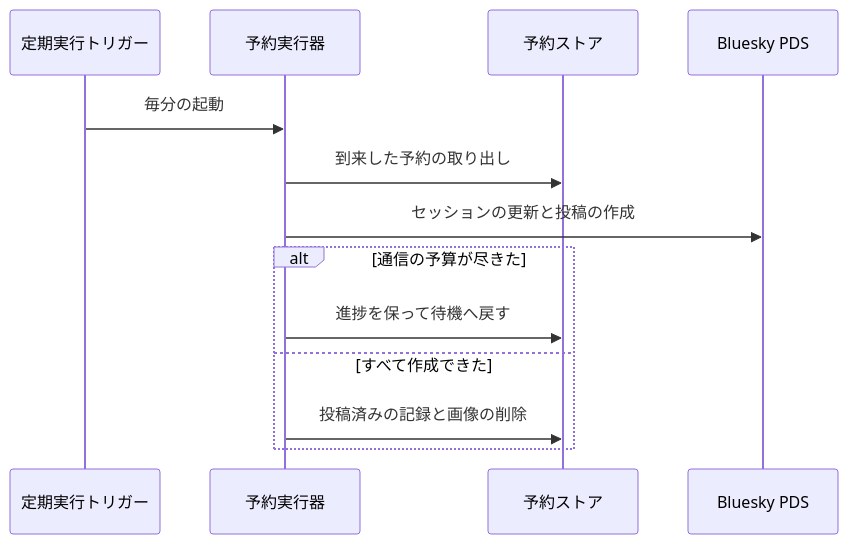
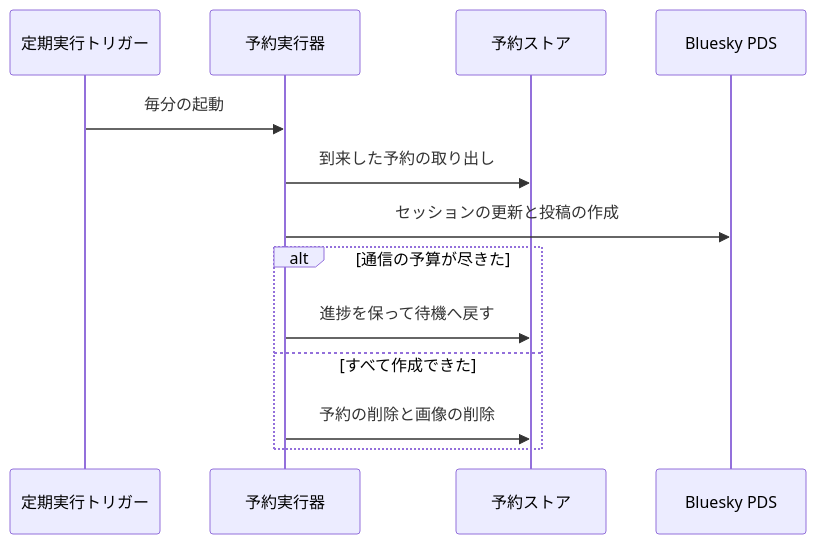
Before and after one commit to nekono-dev/skyshare: the sixth of 6 diagrams in docs/architecture/scheduled-post.md, drawn with Mermaid. The commit also changed 47 other files, not shown here.

````diff
--- a/docs/architecture/scheduled-post.md
+++ b/docs/architecture/scheduled-post.md
@@ -145,15 +145,15 @@
 ```mermaid
 sequenceDiagram
   participant ext_cron as 定期実行トリガー
   participant runner as 予約実行器
   participant store as 予約ストア
   participant ext_pds as Bluesky PDS
   ext_cron->>runner: 毎分の起動
   runner->>store: 到来した予約の取り出し
   runner->>ext_pds: セッションの更新と投稿の作成
   alt 通信の予算が尽きた
     runner->>store: 進捗を保って待機へ戻す
   else すべて作成できた
-    runner->>store: 投稿済みの記録と画像の削除
+    runner->>store: 予約の削除と画像の削除
   end
 ```
````
